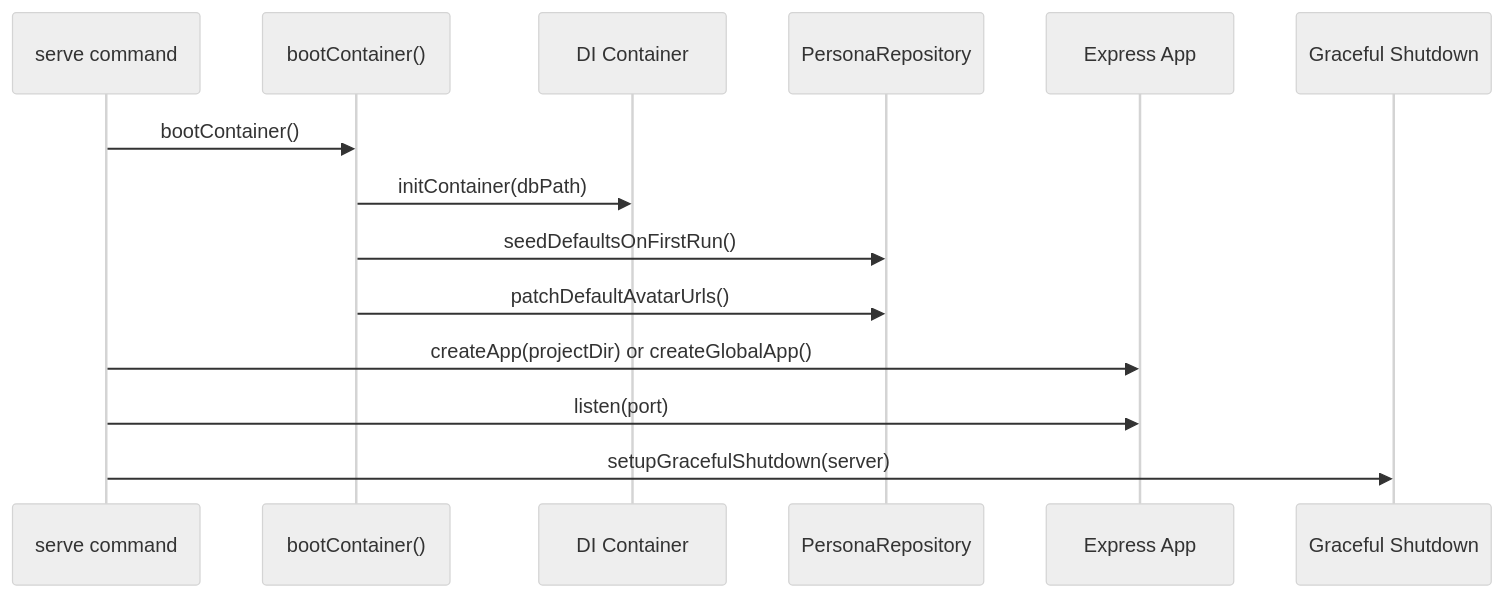
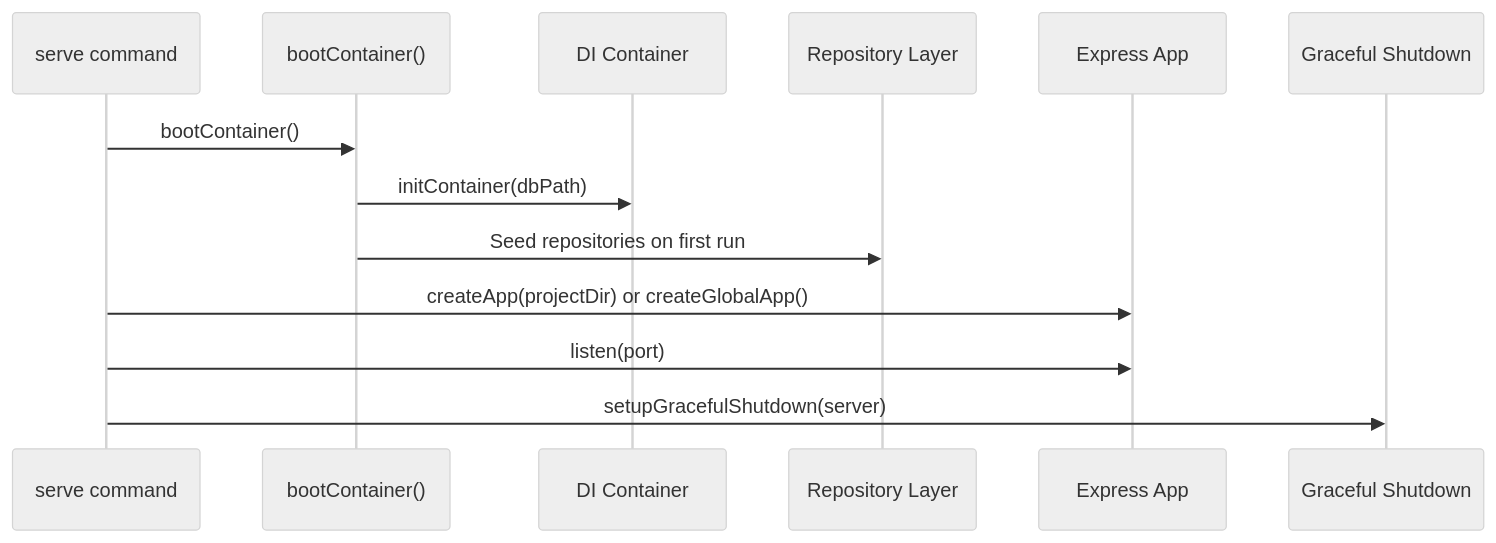
One commit to jonit-dev/night-watch-cli changed the third of 3 diagrams in docs/server-api.md. Above: the diagram before and after it, drawn with Mermaid (neutral theme). The commit also changed other lines of this file and 10 other files, not shown here.

````diff
--- a/docs/server-api.md
+++ b/docs/server-api.md
@@ -285,17 +269,16 @@
 ```mermaid
 sequenceDiagram
     participant CLI as serve command
     participant Boot as bootContainer()
     participant DI as DI Container
-    participant Repo as PersonaRepository
+    participant Repos as Repository Layer
     participant App as Express App
     participant GS as Graceful Shutdown
 
     CLI->>Boot: bootContainer()
     Boot->>DI: initContainer(dbPath)
-    Boot->>Repo: seedDefaultsOnFirstRun()
-    Boot->>Repo: patchDefaultAvatarUrls()
+    Boot->>Repos: Seed repositories on first run
     CLI->>App: createApp(projectDir) or createGlobalApp()
     CLI->>App: listen(port)
     CLI->>GS: setupGracefulShutdown(server)
 ```
````
